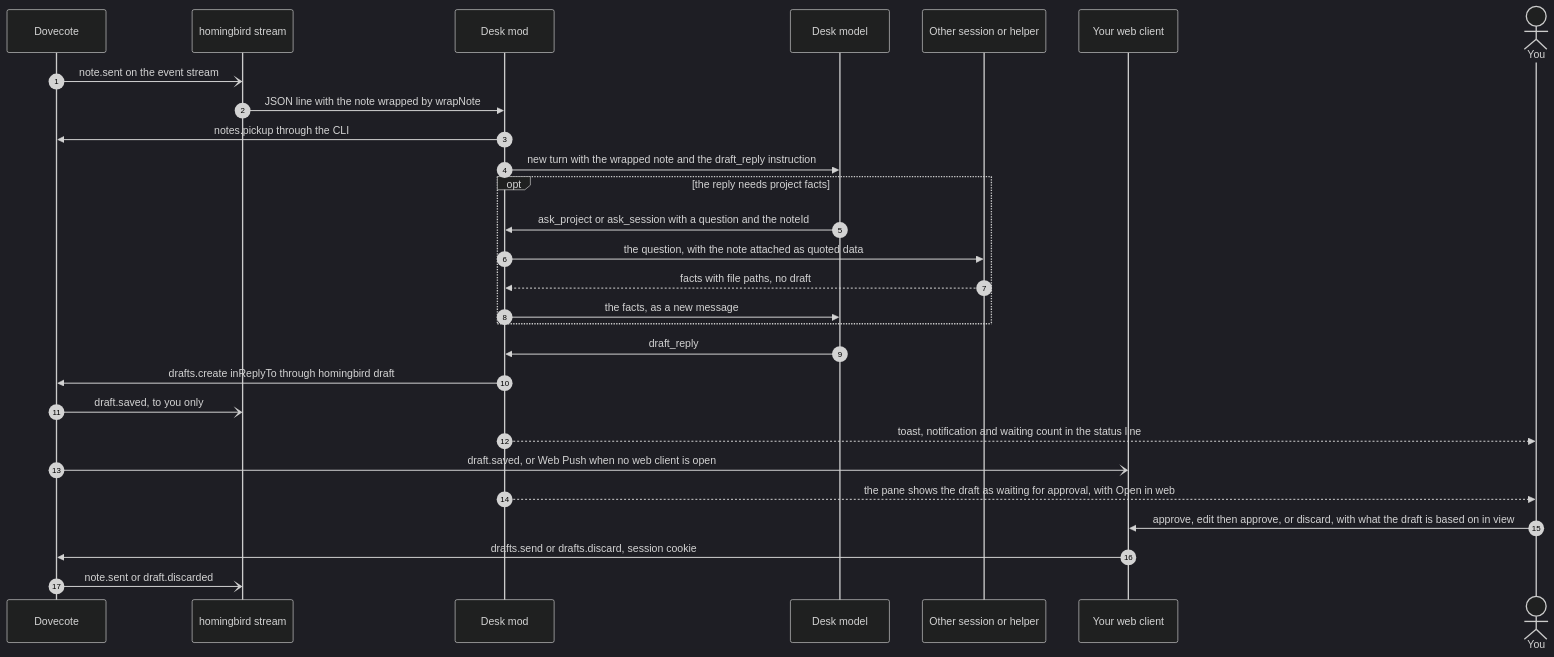
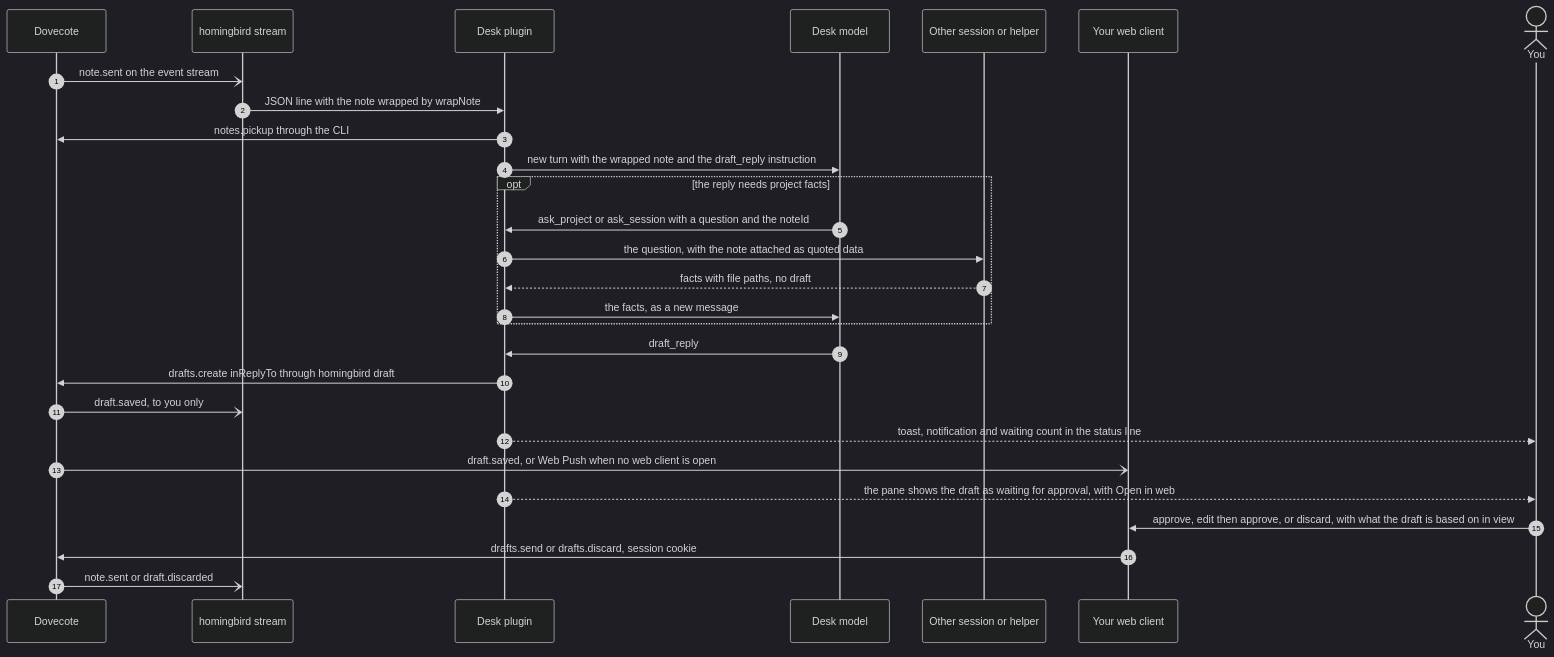
Before and after one commit to let-sunny/homingbird: the fourth of 10 diagrams in docs/architecture.md, drawn with Mermaid (dark theme). The commit also changed other lines of this file and 11 other files, not shown here.

First line of the commit message:
docs(repo): update the rules, roadmap and guides for the new structure

````diff
--- a/docs/architecture.md
+++ b/docs/architecture.md
@@ -198,30 +198,30 @@
 ```mermaid
 sequenceDiagram
   autonumber
   participant S as Dovecote
   participant C as homingbird stream
-  participant D as Desk mod
+  participant D as Desk plugin
   participant M as Desk model
   participant P as Other session or helper
   participant W as Your web client
   actor H as You
   S-)C: note.sent on the event stream
   C->>D: JSON line with the note wrapped by wrapNote
   D->>S: notes.pickup through the CLI
   D->>M: new turn with the wrapped note and the draft_reply instruction
   opt the reply needs project facts
     M->>D: ask_project or ask_session with a question and the noteId
     D->>P: the question, with the note attached as quoted data
     P-->>D: facts with file paths, no draft
     D->>M: the facts, as a new message
   end
   M->>D: draft_reply
   D->>S: drafts.create inReplyTo through homingbird draft
   S-)C: draft.saved, to you only
   D-->>H: toast, notification and waiting count in the status line
   S-)W: draft.saved, or Web Push when no web client is open
   D-->>H: the pane shows the draft as waiting for approval, with Open in web
   H->>W: approve, edit then approve, or discard, with what the draft is based on in view
   W->>S: drafts.send or drafts.discard, session cookie
   S-)C: note.sent or draft.discarded
 ```
````
